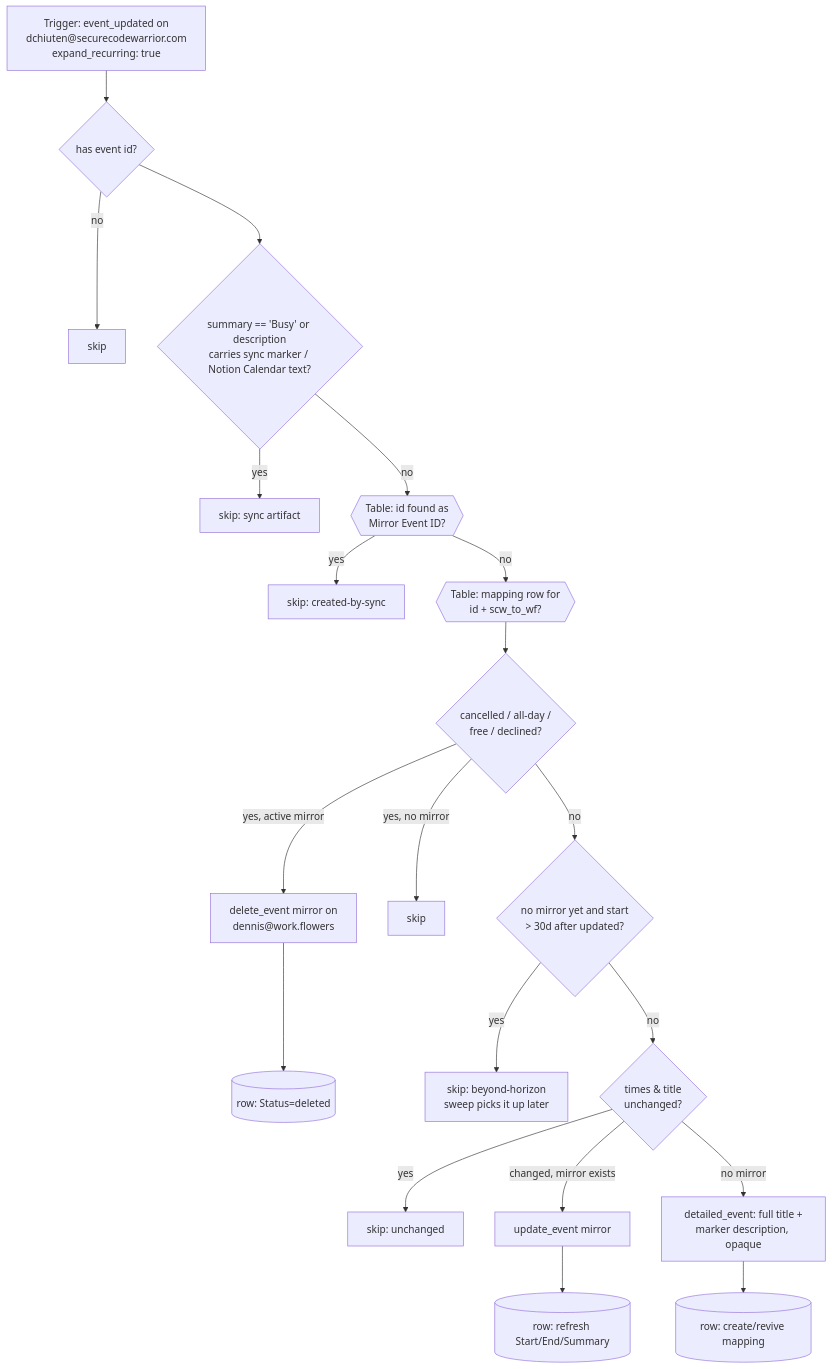
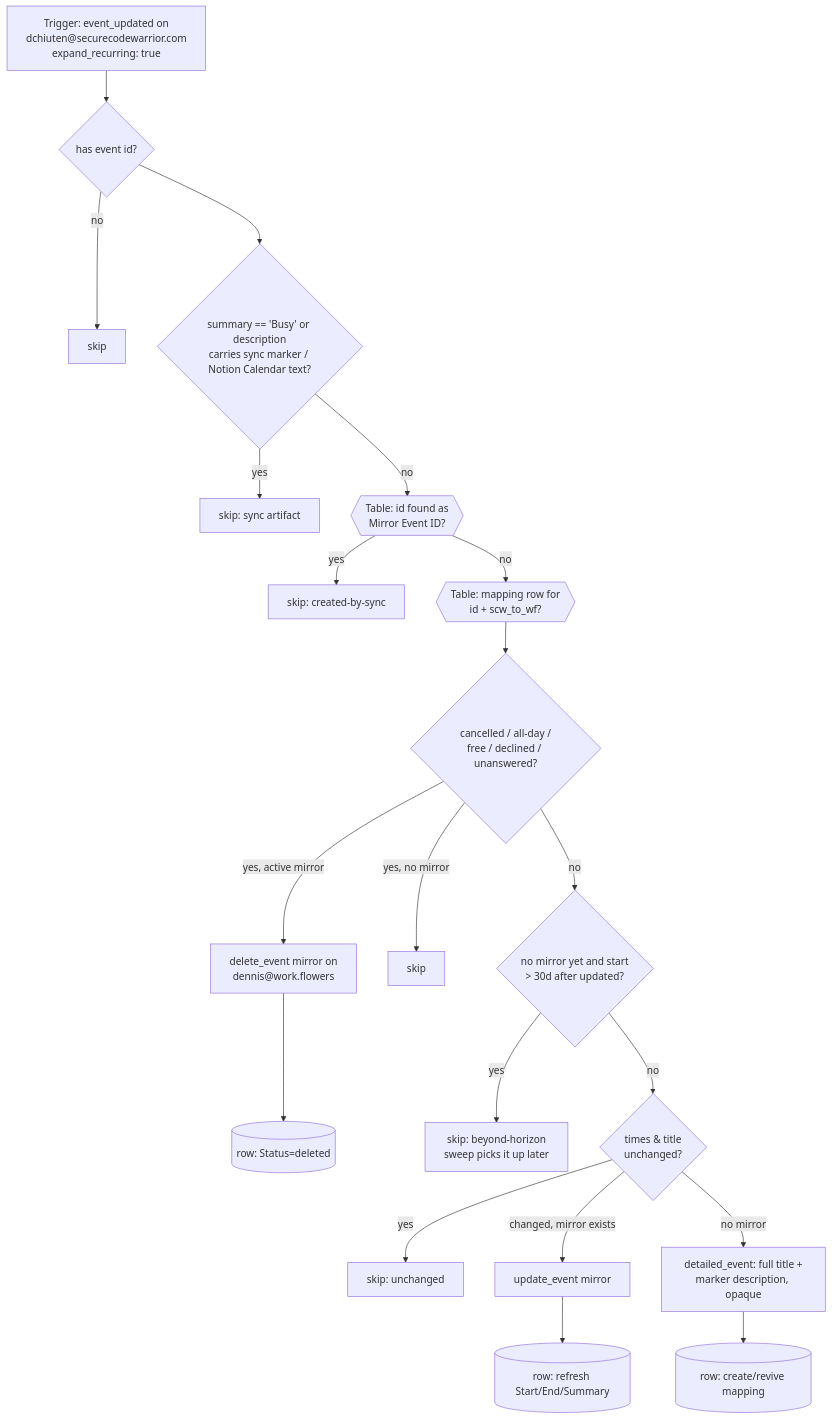
One commit to work-flowers/zapier-sdk changed the diagram in scw-events-to-workflowers-block/README.md. Above: the diagram before and after it, drawn with Mermaid. The commit also changed other lines of this file and 6 other files, not shown here.

````diff
--- a/scw-events-to-workflowers-block/README.md
+++ b/scw-events-to-workflowers-block/README.md
@@ -7,19 +7,19 @@
 ```mermaid
 flowchart TD
     T[Trigger: event_updated on\ndchiuten@securecodewarrior.com\nexpand_recurring: true] --> G0{has event id?}
     G0 -- no --> S0[skip]
     G0 --> G1{summary == 'Busy' or description\ncarries sync marker / Notion Calendar text?}
     G1 -- yes --> S1[skip: sync artifact]
     G1 -- no --> G2{{Table: id found as\nMirror Event ID?}}
     G2 -- yes --> S2[skip: created-by-sync]
     G2 -- no --> L{{Table: mapping row for\nid + scw_to_wf?}}
-    L --> C{cancelled / all-day /\nfree / declined?}
+    L --> C{cancelled / all-day /\nfree / declined / unanswered?}
     C -- "yes, active mirror" --> D[delete_event mirror on\ndennis@work.flowers] --> DR[(row: Status=deleted)]
     C -- "yes, no mirror" --> S3[skip]
     C -- no --> H{no mirror yet and start\n> 30d after updated?}
     H -- yes --> S4[skip: beyond-horizon\nsweep picks it up later]
     H -- no --> U{times & title\nunchanged?}
     U -- yes --> S5[skip: unchanged]
     U -- "changed, mirror exists" --> UP[update_event mirror] --> UR[(row: refresh Start/End/Summary)]
     U -- "no mirror" --> CR[detailed_event: full title +\nmarker description, opaque] --> RR[(row: create/revive mapping)]
 ```
````
